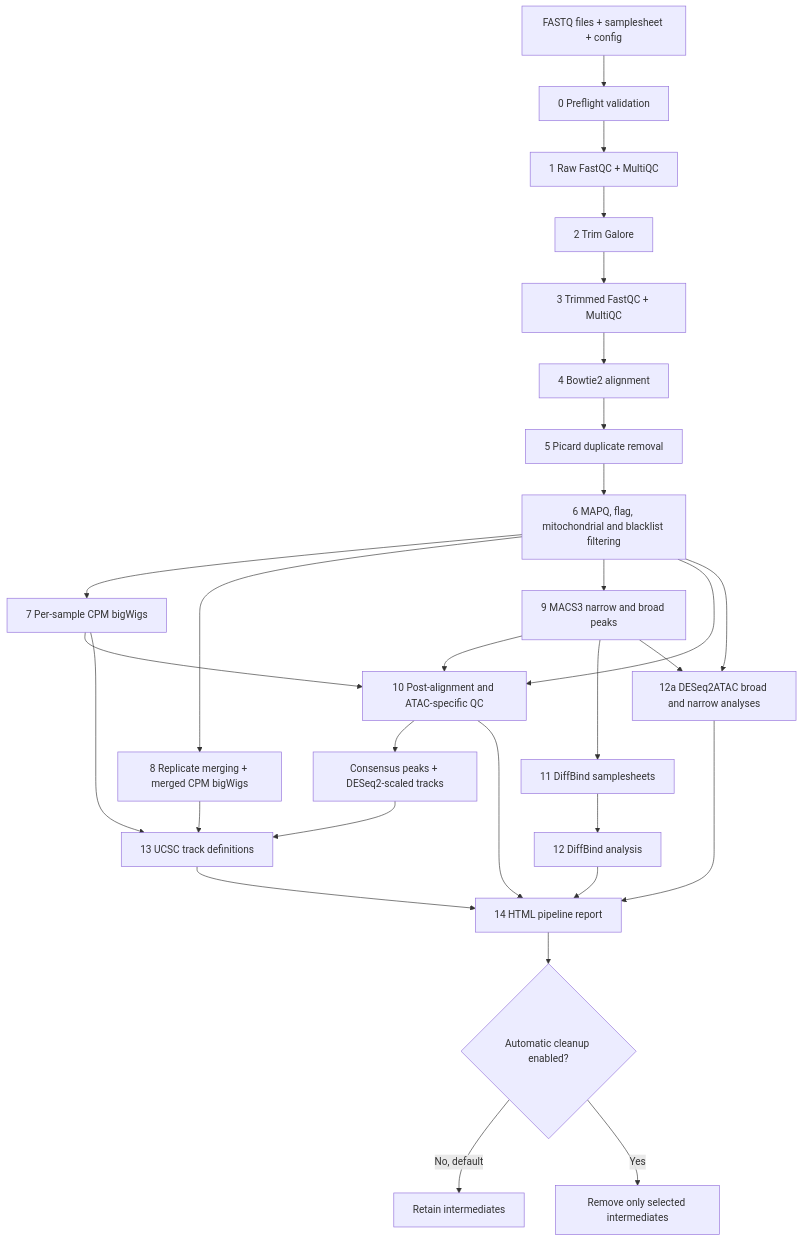
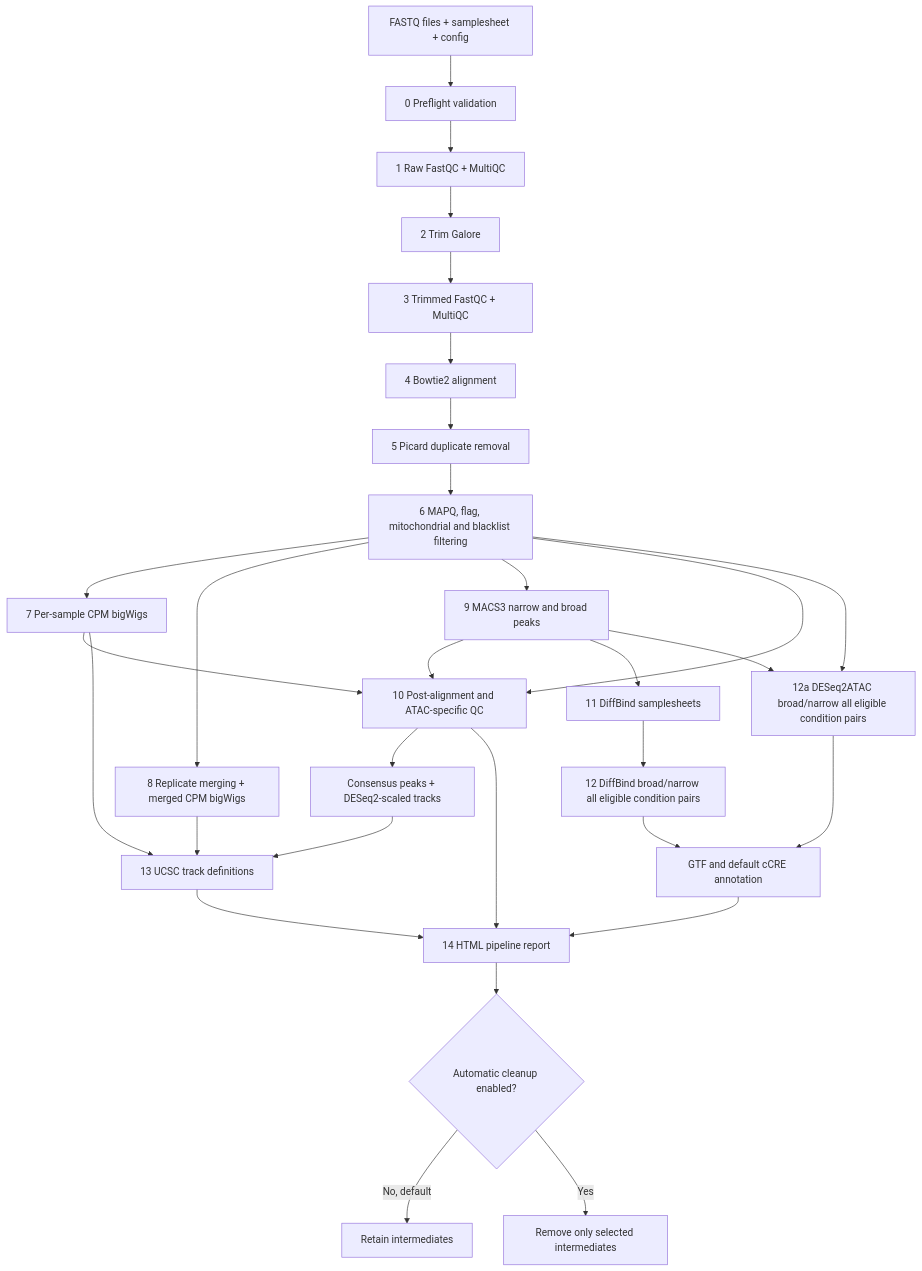
One commit to MichalGd/ATACseq2tracks changed the diagram in README.md. Above: the diagram before and after it, drawn with Mermaid. The commit also changed other lines of this file and 34 other files, not shown here.

````diff
--- a/README.md
+++ b/README.md
@@ -30,34 +35,35 @@
 ```mermaid
 flowchart TD
     A[FASTQ files + samplesheet + config] --> B[0 Preflight validation]
     B --> C[1 Raw FastQC + MultiQC]
     C --> D[2 Trim Galore]
     D --> E[3 Trimmed FastQC + MultiQC]
     E --> F[4 Bowtie2 alignment]
     F --> G[5 Picard duplicate removal]
     G --> H[6 MAPQ, flag, mitochondrial and blacklist filtering]
 
     H --> I[7 Per-sample CPM bigWigs]
     H --> J[8 Replicate merging + merged CPM bigWigs]
     H --> K[9 MACS3 narrow and broad peaks]
     H --> L[10 Post-alignment and ATAC-specific QC]
     I --> L
     K --> L
     L --> M[Consensus peaks + DESeq2-scaled tracks]
 
     K --> N[11 DiffBind samplesheets]
-    N --> O[12 DiffBind analysis]
-    H --> P[12a DESeq2ATAC broad and narrow analyses]
+    N --> O[12 DiffBind broad/narrow all eligible condition pairs]
+    H --> P[12a DESeq2ATAC broad/narrow all eligible condition pairs]
     K --> P
+    O --> V[GTF and default cCRE annotation]
+    P --> V
 
     I --> Q[13 UCSC track definitions]
     J --> Q
     M --> Q
     L --> R[14 HTML pipeline report]
-    O --> R
-    P --> R
+    V --> R
     Q --> R
     R --> S{Automatic cleanup enabled?}
     S -->|No, default| T[Retain intermediates]
     S -->|Yes| U[Remove only selected intermediates]
 ```
````
